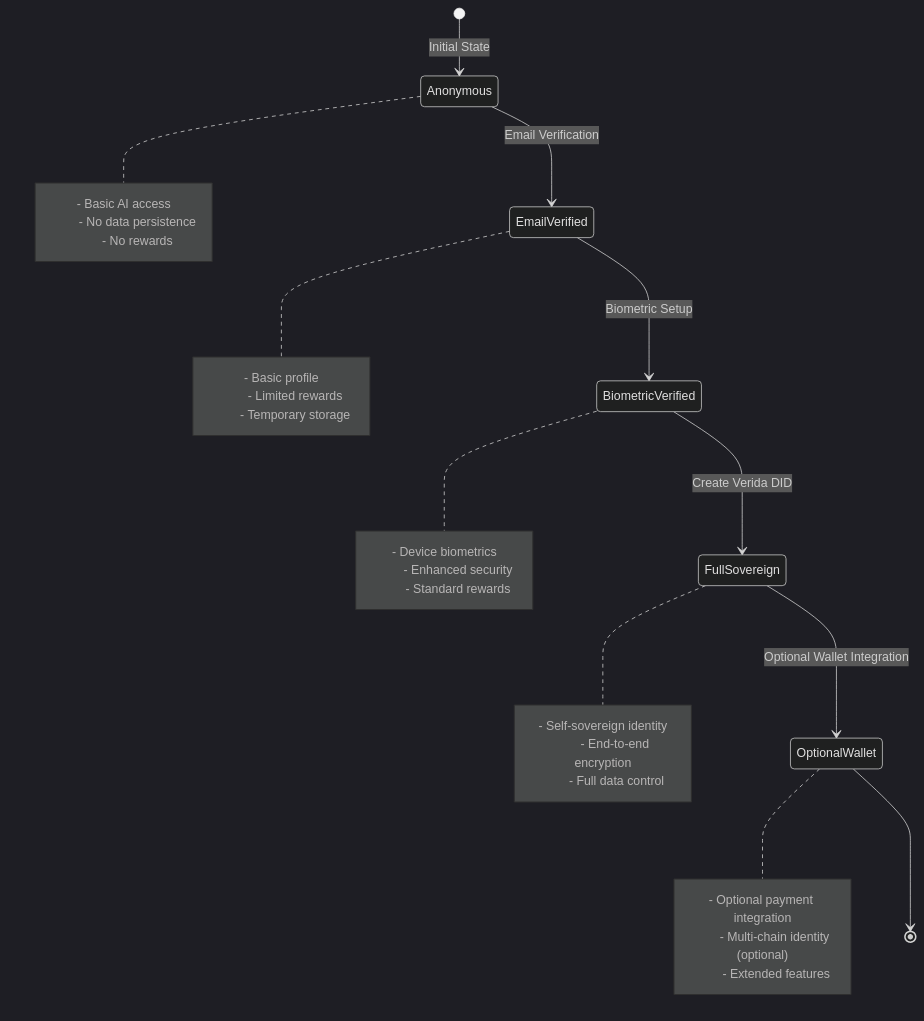
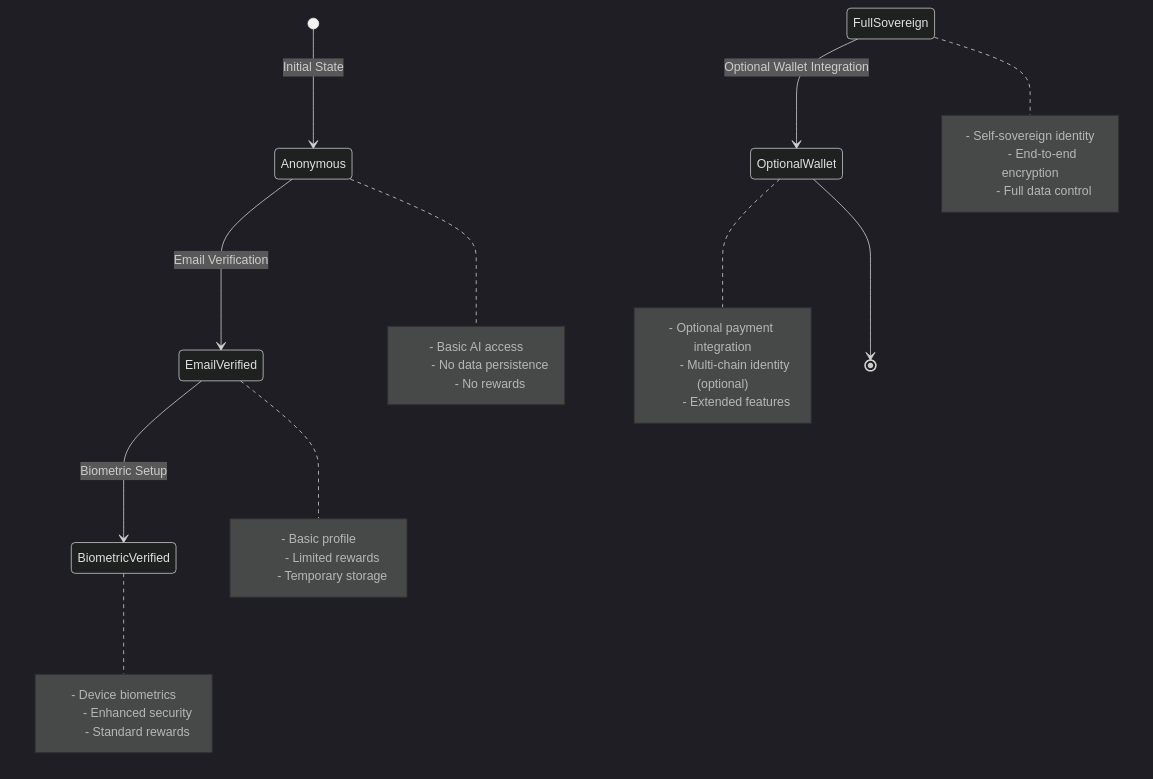
The fifth of 20 diagrams in docs/CHALLENGE_ARCHITECTURES.md (Kwaai-AI-Lab/KwaaiNet), drawn with Mermaid (dark theme) before and after one commit. The commit also changed other lines of this file and 28 other files, not shown here.

````diff
--- a/docs/CHALLENGE_ARCHITECTURES.md
+++ b/docs/CHALLENGE_ARCHITECTURES.md
@@ -293,40 +235,39 @@
 ```mermaid
 stateDiagram-v2
     [*] --> Anonymous: Initial State
 
     Anonymous --> EmailVerified: Email Verification
     note right of Anonymous
         - Basic AI access
         - No data persistence
         - No rewards
     end note
 
     EmailVerified --> BiometricVerified: Biometric Setup
     note right of EmailVerified
         - Basic profile
         - Limited rewards
         - Temporary storage
     end note
 
-    BiometricVerified --> FullSovereign: Create Verida DID
     note right of BiometricVerified
         - Device biometrics
         - Enhanced security
         - Standard rewards
     end note
 
     FullSovereign --> OptionalWallet: Optional Wallet Integration
     note right of FullSovereign
         - Self-sovereign identity
         - End-to-end encryption
         - Full data control
     end note
 
     note right of OptionalWallet
         - Optional payment integration
         - Multi-chain identity (optional)
         - Extended features
     end note
 
     OptionalWallet --> [*]
 ```
````
